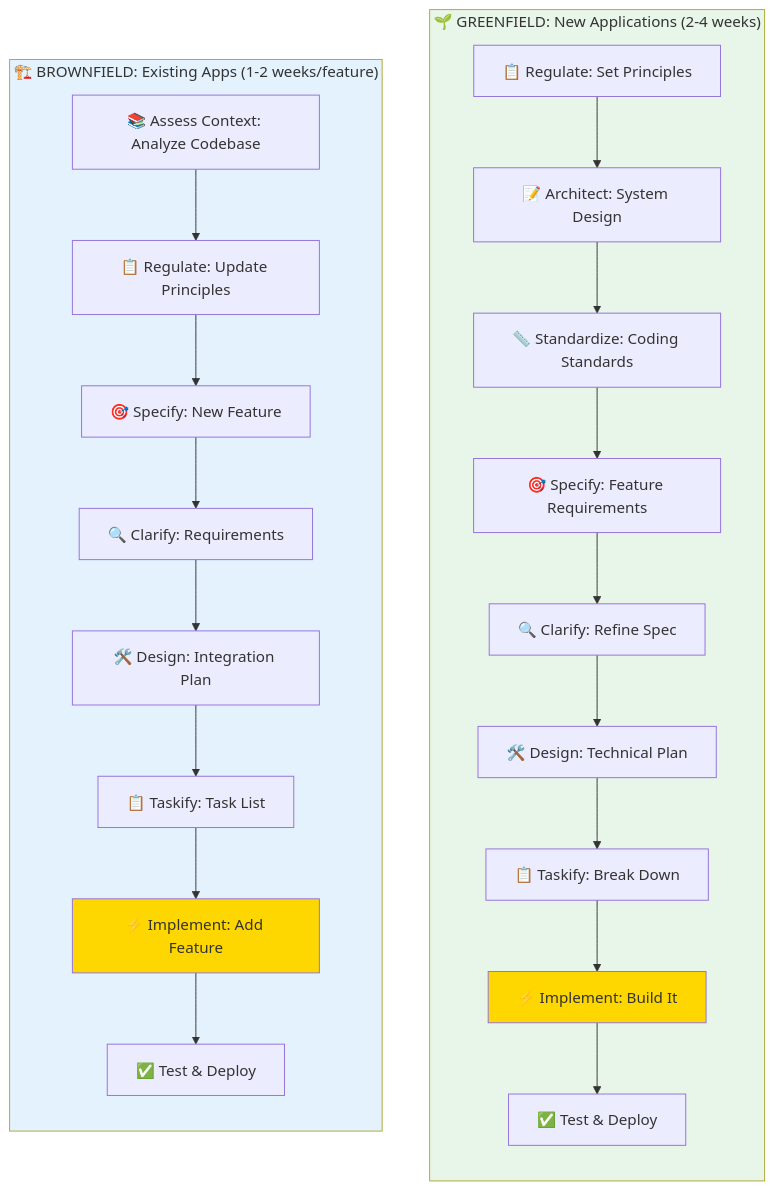
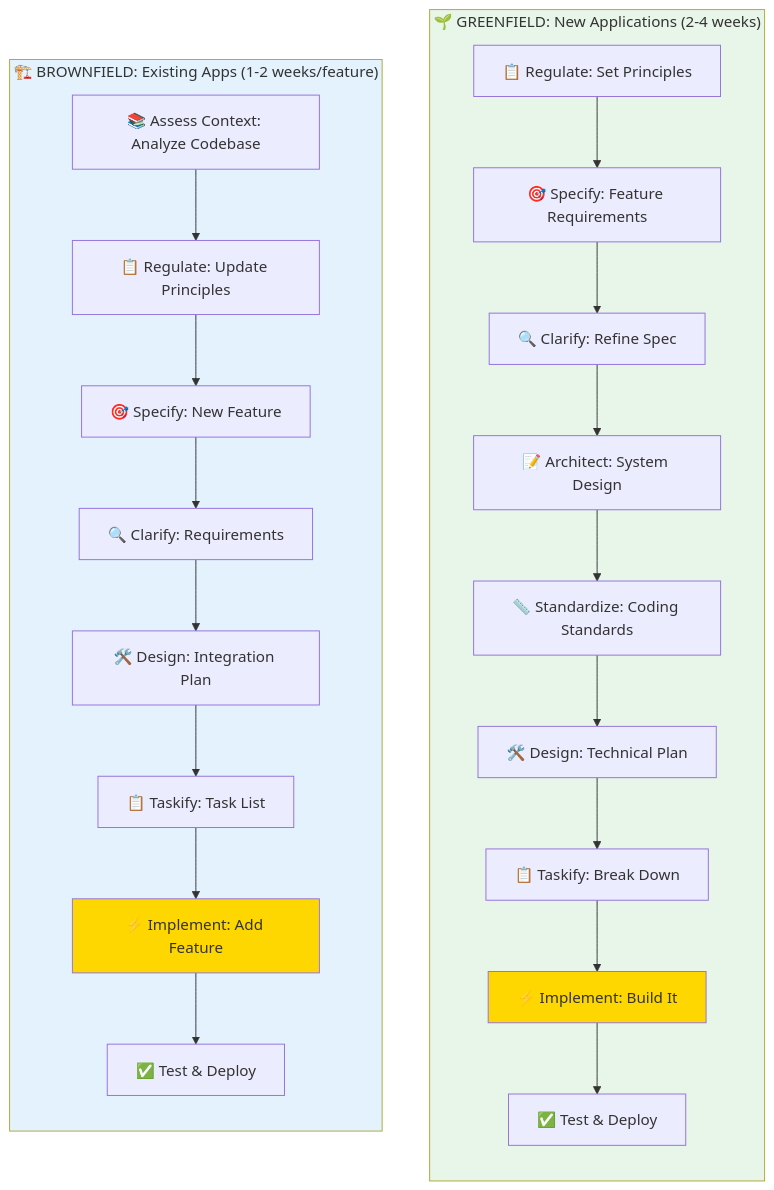
Before and after one commit to DauQuangThanh/hanoi-rainbow: the second of 3 diagrams in README.md, drawn with Mermaid. The commit also changed other lines of this file and 12 other files, not shown here.

````diff
--- a/README.md
+++ b/README.md
@@ -441,30 +394,30 @@
 ```mermaid
 flowchart TB
     subgraph Greenfield["🌱 GREENFIELD: New Applications (2-4 weeks)"]
         direction TB
-        GF1[📋 Regulate: Set Principles] --> GF2[📝 Architect: System Design]
-        GF2 --> GF3[📏 Standardize: Coding Standards]
-        GF3 --> GF4[🎯 Specify: Feature Requirements]
-        GF4 --> GF5[🔍 Clarify: Refine Spec]
+        GF1[📋 Regulate: Set Principles] --> GF2[🎯 Specify: Feature Requirements]
+        GF2 --> GF3[🔍 Clarify: Refine Spec]
+        GF3 --> GF4[📝 Architect: System Design]
+        GF4 --> GF5[📏 Standardize: Coding Standards]
         GF5 --> GF6[🛠️ Design: Technical Plan]
         GF6 --> GF7[📋 Taskify: Break Down]
         GF7 --> GF8[⚡ Implement: Build It]
         GF8 --> GF9[✅ Test & Deploy]
     end
     
     subgraph Brownfield["🏗️ BROWNFIELD: Existing Apps (1-2 weeks/feature)"]
         direction TB
         BF1[📚 Assess Context: Analyze Codebase] --> BF2[📋 Regulate: Update Principles]
         BF2 --> BF3[🎯 Specify: New Feature]
         BF3 --> BF4[🔍 Clarify: Requirements]
         BF4 --> BF5[🛠️ Design: Integration Plan]
         BF5 --> BF6[📋 Taskify: Task List]
         BF6 --> BF7[⚡ Implement: Add Feature]
         BF7 --> BF8[✅ Test & Deploy]
     end
     
     style Greenfield fill:#E8F5E9
     style Brownfield fill:#E3F2FD
     style GF8 fill:#FFD700
     style BF7 fill:#FFD700
 ```
````
